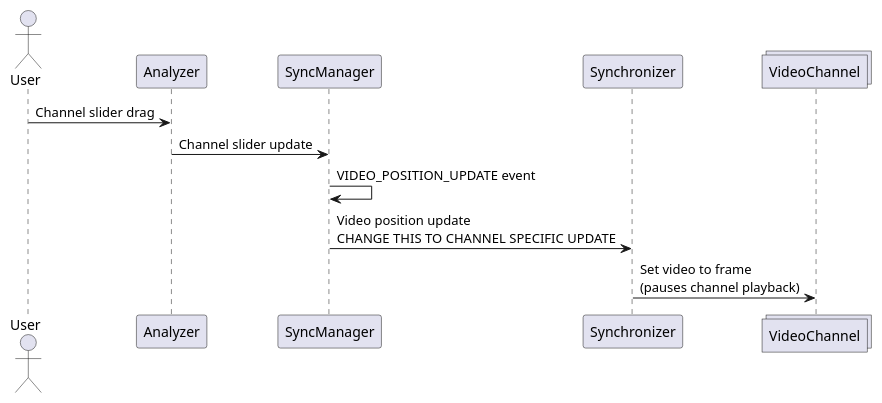
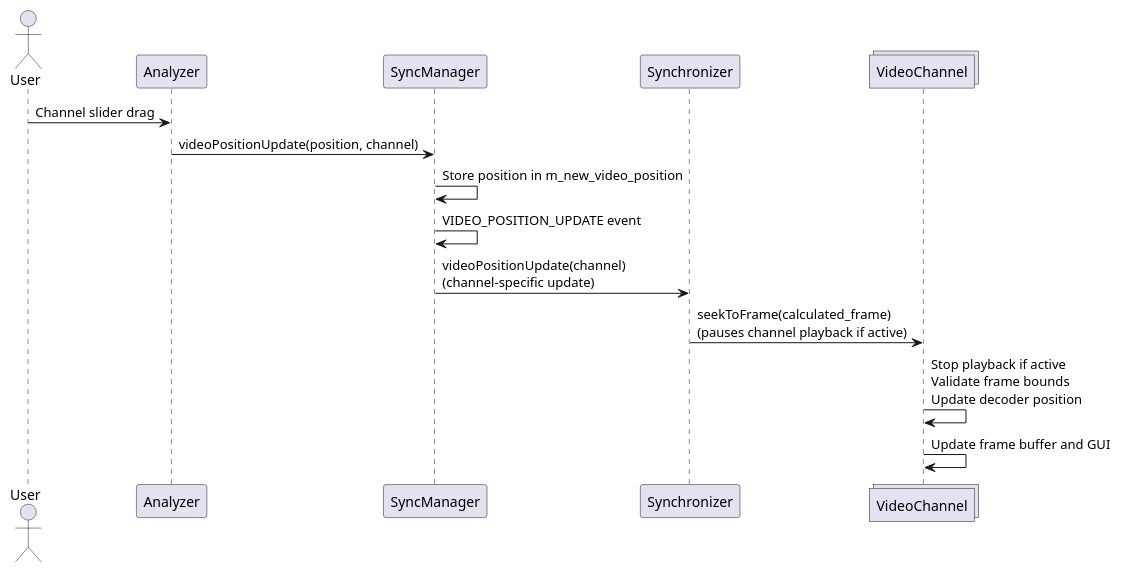
The first of 17 diagrams in design/Scroll bar synchronization.md (timwalsh41/SwingAnalyzer), drawn with PlantUML before and after one commit. The commit also changed other lines of this file and 5 other files, not shown here.

Commit message:
Revised frame update markdown to reflect recent VideoChannel refactor

````diff
--- a/design/Scroll bar synchronization.md
+++ b/design/Scroll bar synchronization.md
@@ -5,17 +5,20 @@
 ```plantuml
 @startuml
 
 actor User
 participant Analyzer
 participant SyncManager
 participant Synchronizer
 collections VideoChannel
 
 User -> Analyzer : Channel slider drag
-Analyzer -> SyncManager : Channel slider update
+Analyzer -> SyncManager : videoPositionUpdate(position, channel)
+SyncManager -> SyncManager : Store position in m_new_video_position
 SyncManager -> SyncManager : VIDEO_POSITION_UPDATE event
-SyncManager -> Synchronizer : Video position update\nCHANGE THIS TO CHANNEL SPECIFIC UPDATE
-Synchronizer -> VideoChannel : Set video to frame\n(pauses channel playback)
+SyncManager -> Synchronizer : videoPositionUpdate(channel)\n(channel-specific update)
+Synchronizer -> VideoChannel : seekToFrame(calculated_frame)\n(pauses channel playback if active)
+VideoChannel -> VideoChannel : Stop playback if active\nValidate frame bounds\nUpdate decoder position
+VideoChannel -> VideoChannel : Update frame buffer and GUI
 
 @enduml
 ```
````
